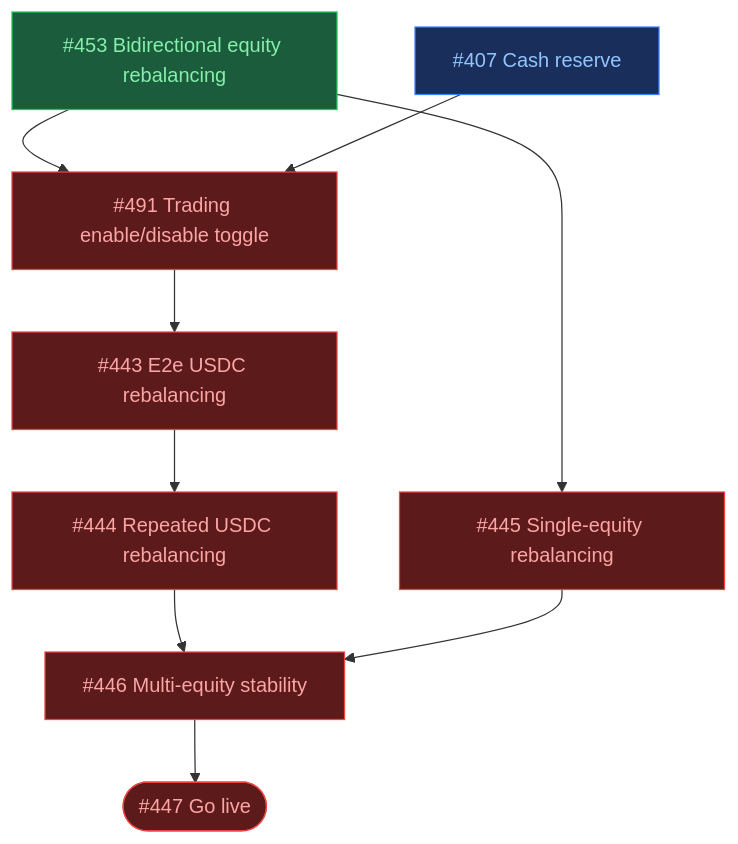
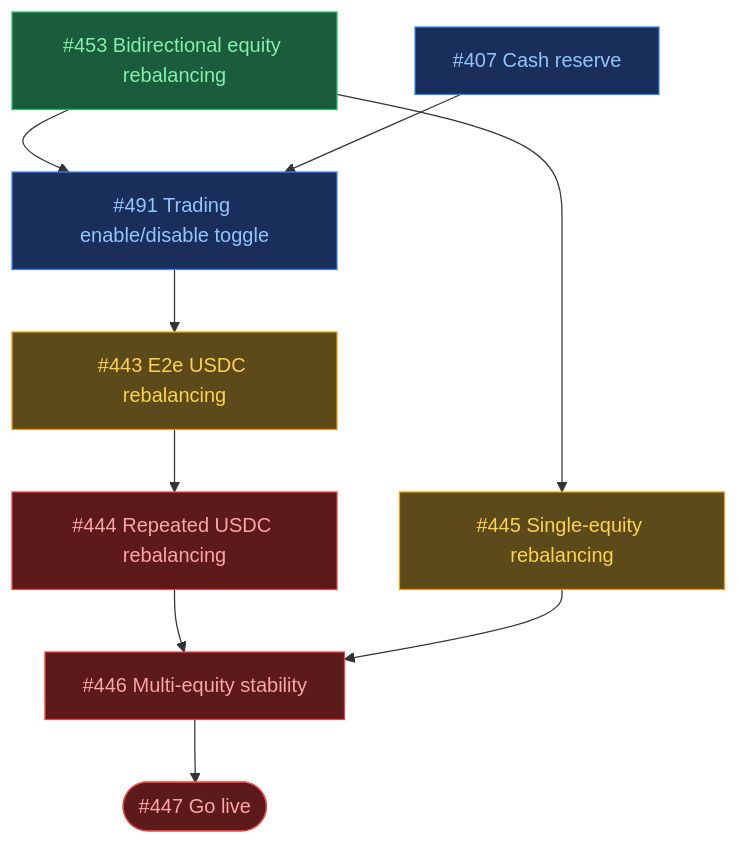
The eighth of 8 diagrams in ROADMAP.md (ST0x-Technology/st0x.liquidity), drawn with Mermaid before and after one commit. The commit also changed other lines of this file, not shown here.

Commit message:
roadmap: add 'ready' state for stackable dependencies, re-evaluate all graphs

````diff
--- a/ROADMAP.md
+++ b/ROADMAP.md
@@ -297,28 +284,29 @@
 ```mermaid
 graph TD
     classDef wip fill:#1a2e5c,stroke:#3b82f6,color:#93c5fd
+    classDef ready fill:#5c4a1a,stroke:#f59e0b,color:#fcd34d
     classDef blocked fill:#5c1a1a,stroke:#ef4444,color:#fca5a5
     classDef done fill:#1a5c3b,stroke:#22c55e,color:#86efac
 
     id453["#453 Bidirectional equity rebalancing"]:::done
     id407["#407 Cash reserve"]:::wip
-    id491["#491 Trading enable/disable toggle"]:::blocked
-    id443["#443 E2e USDC rebalancing"]:::blocked
+    id491["#491 Trading enable/disable toggle"]:::wip
+    id443["#443 E2e USDC rebalancing"]:::ready
     id444["#444 Repeated USDC rebalancing"]:::blocked
-    id445["#445 Single-equity rebalancing"]:::blocked
+    id445["#445 Single-equity rebalancing"]:::ready
     id446["#446 Multi-equity stability"]:::blocked
     id447(["#447 Go live"]):::blocked
 
     id453 & id407 --> id491 --> id443 --> id444
     id453 --> id445
     id444 & id445 --> id446 --> id447
 
     click id453 href "https://github.com/ST0x-Technology/st0x.liquidity/issues/453"
     click id407 href "https://github.com/ST0x-Technology/st0x.liquidity/issues/407"
     click id491 href "https://github.com/ST0x-Technology/st0x.liquidity/issues/491"
     click id443 href "https://github.com/ST0x-Technology/st0x.liquidity/issues/443"
     click id444 href "https://github.com/ST0x-Technology/st0x.liquidity/issues/444"
     click id445 href "https://github.com/ST0x-Technology/st0x.liquidity/issues/445"
     click id446 href "https://github.com/ST0x-Technology/st0x.liquidity/issues/446"
     click id447 href "https://github.com/ST0x-Technology/st0x.liquidity/issues/447"
 ```
````
